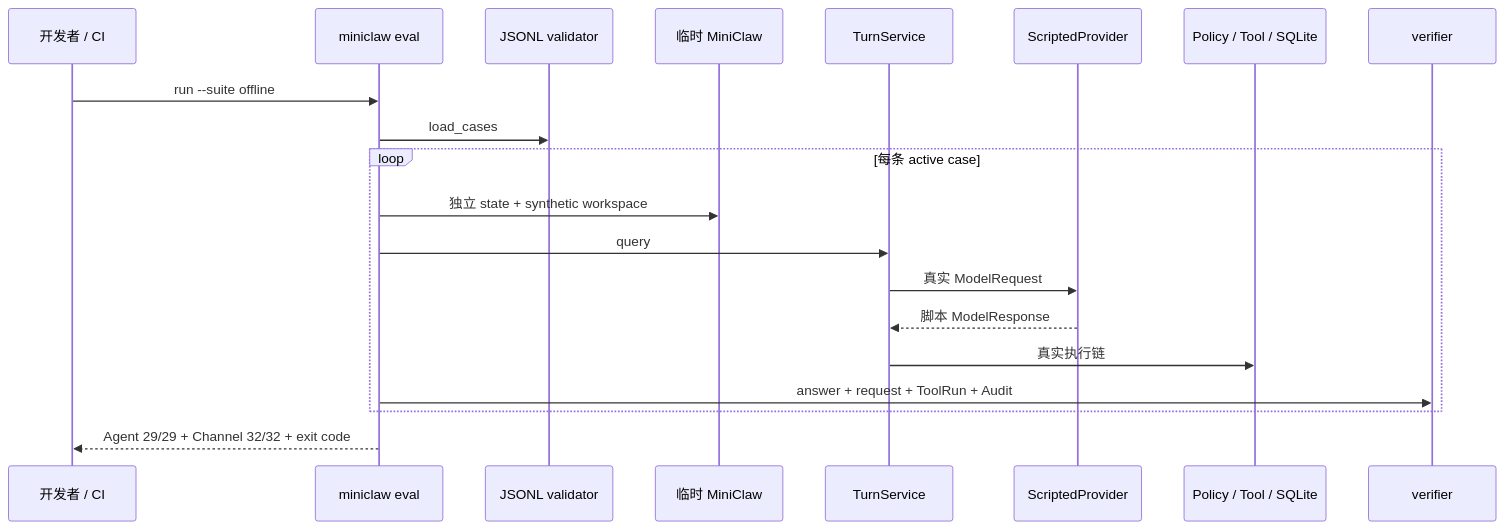
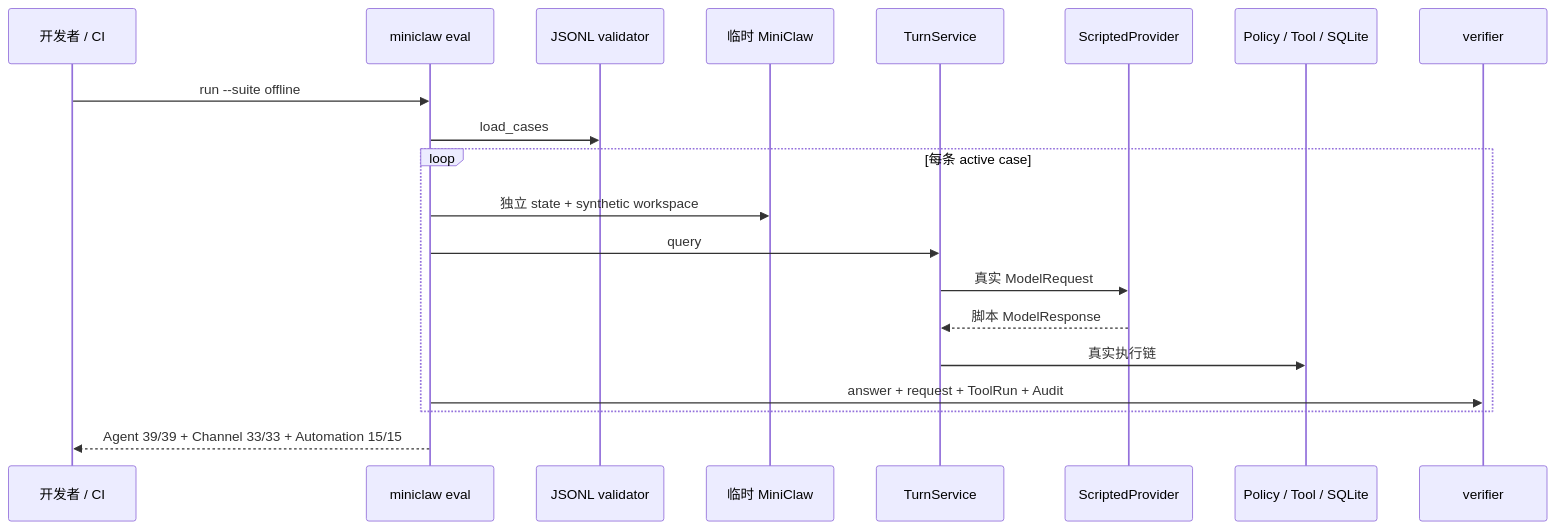
Diagram 11 of 13 in docs/architecture/20260807_系统架构.md (NEDONION/lobster0), drawn with Mermaid before and after one commit. The commit also changed other lines of this file and 15 other files, not shown here.

````diff
--- a/docs/architecture/20260807_系统架构.md
+++ b/docs/architecture/20260807_系统架构.md
@@ -386,23 +386,23 @@
 ```mermaid
 sequenceDiagram
     participant Dev as 开发者 / CI
     participant CLI as miniclaw eval
     participant Loader as JSONL validator
     participant Temp as 临时 MiniClaw
     participant Turn as TurnService
     participant Fake as ScriptedProvider
     participant Tool as Policy / Tool / SQLite
     participant Verify as verifier
 
     Dev->>CLI: run --suite offline
     CLI->>Loader: load_cases
     loop 每条 active case
         CLI->>Temp: 独立 state + synthetic workspace
         CLI->>Turn: query
         Turn->>Fake: 真实 ModelRequest
         Fake-->>Turn: 脚本 ModelResponse
         Turn->>Tool: 真实执行链
         CLI->>Verify: answer + request + ToolRun + Audit
     end
-    CLI-->>Dev: Agent 29/29 + Channel 32/32 + exit code
+    CLI-->>Dev: Agent 39/39 + Channel 33/33 + Automation 15/15
 ```
````
